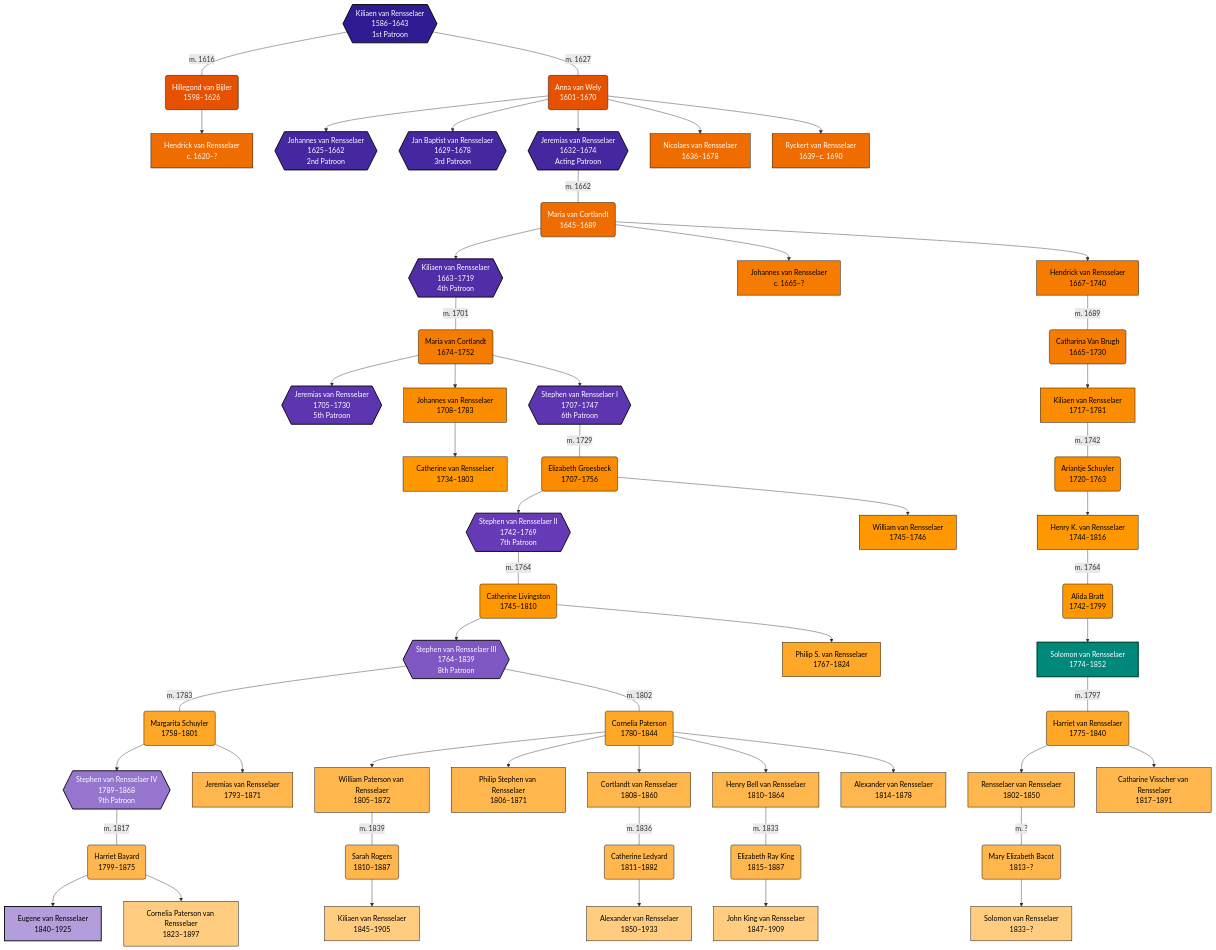
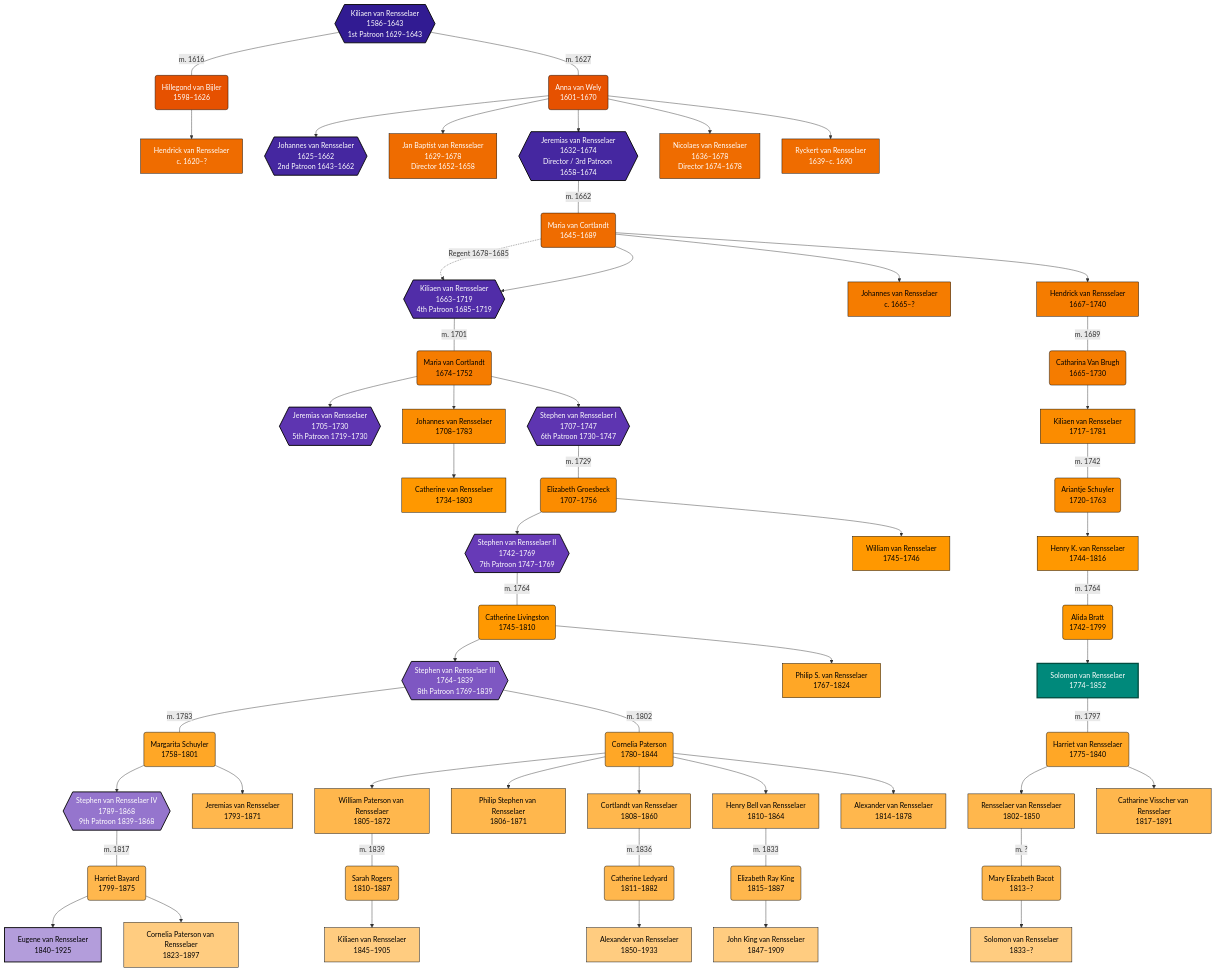
The diagram in source/07_fabula/01_magnum-opus/appendices/000.rst (chinchalinchin/elara), drawn with Mermaid before and after one commit. The commit also changed other lines of this file, not shown here.

Commit message:
update family tree

```diff
--- a/source/07_fabula/01_magnum-opus/appendices/000.rst
+++ b/source/07_fabula/01_magnum-opus/appendices/000.rst
@@ -52,7 +52,6 @@
     %% =========================================
     
     %% Primary Gradient (Deep Purple): Patroon Lineage
-    %% Gen 1 (Darkest) -> Gen 8 (Lightest)
     classDef main1 fill:#311B92,stroke:#000,stroke-width:2px,color:#fff
     classDef main2 fill:#4527A0,stroke:#000,stroke-width:2px,color:#fff
     classDef main3 fill:#512DA8,stroke:#000,stroke-width:2px,color:#fff
@@ -63,7 +62,6 @@
     classDef main8 fill:#B39DDB,stroke:#000,stroke-width:2px,color:#000
 
     %% Secondary Gradient (Amber): Siblings, Wives, Younger Branches
-    %% Gen 1 (Darkest) -> Gen 8 (Lightest)
     classDef sec1 fill:#E65100,stroke:#000,stroke-width:1px,color:#fff
     classDef sec2 fill:#EF6C00,stroke:#000,stroke-width:1px,color:#fff
     classDef sec3 fill:#F57C00,stroke:#000,stroke-width:1px,color:#000
@@ -79,7 +77,7 @@
     %% =========================================
     %% GENERATION 1 (1580s - 1640s)
     %% =========================================
-    K1{{Kiliaen van Rensselaer<br>1586–1643<br>1st Patroon}}:::main1
+    K1{{Kiliaen van Rensselaer<br>1586–1643<br>1st Patroon 1629–1643}}:::main1
     W1_1(Hillegond van Bijler<br>1598–1626):::sec1
     W1_2(Anna van Wely<br>1601–1670):::sec1
 
@@ -88,10 +86,10 @@
 
     %% Children
     W1_1 --> S1_1[Hendrick van Rensselaer<br>c. 1620–?]:::sec2
-    W1_2 --> S1_2{{Johannes van Rensselaer<br>1625–1662<br>2nd Patroon}}:::main2
-    W1_2 --> S1_3{{Jan Baptist van Rensselaer<br>1629–1678<br>3rd Patroon}}:::main2
-    W1_2 --> S1_4{{Jeremias van Rensselaer<br>1632–1674<br>Acting Patroon}}:::main2
-    W1_2 --> S1_5[Nicolaes van Rensselaer<br>1636–1678]:::sec2
+    W1_2 --> S1_2{{Johannes van Rensselaer<br>1625–1662<br>2nd Patroon 1643–1662}}:::main2
+    W1_2 --> S1_3[Jan Baptist van Rensselaer<br>1629–1678<br>Director 1652–1658]:::sec2
+    W1_2 --> S1_4{{Jeremias van Rensselaer<br>1632–1674<br>Director / 3rd Patroon 1658–1674}}:::main2
+    W1_2 --> S1_5[Nicolaes van Rensselaer<br>1636–1678<br>Director 1674–1678]:::sec2
     W1_2 --> S1_6[Ryckert van Rensselaer<br>1639–c. 1690]:::sec2
 
     %% =========================================
@@ -102,7 +100,10 @@
     W2_1(Maria van Cortlandt<br>1645–1689):::sec2
     S1_4 ---|m. 1662| W2_1
     
-    W2_1 --> S2_1{{Kiliaen van Rensselaer<br>1663–1719<br>4th Patroon}}:::main3
+    %% Note on the Gap
+    W2_1 -.->|Regent 1678–1685| S2_1
+
+    W2_1 --> S2_1{{Kiliaen van Rensselaer<br>1663–1719<br>4th Patroon 1685–1719}}:::main3
     W2_1 --> S2_2[Johannes van Rensselaer<br>c. 1665–?]:::sec3
     W2_1 --> S2_3[Hendrick van Rensselaer<br>1667–1740]:::sec3
 
@@ -114,8 +115,8 @@
     W3_1(Maria van Cortlandt<br>1674–1752):::sec3
     S2_1 ---|m. 1701| W3_1
     
-    W3_1 --> S3_1{{Jeremias van Rensselaer<br>1705–1730<br>5th Patroon}}:::main4
-    W3_1 --> S3_2{{Stephen van Rensselaer I<br>1707–1747<br>6th Patroon}}:::main4
+    W3_1 --> S3_1{{Jeremias van Rensselaer<br>1705–1730<br>5th Patroon 1719–1730}}:::main4
+    W3_1 --> S3_2{{Stephen van Rensselaer I<br>1707–1747<br>6th Patroon 1730–1747}}:::main4
     W3_1 --> S3_3[Johannes van Rensselaer<br>1708–1783]:::sec4
 
     %% Extension of Johannes (S3_3)
@@ -134,7 +135,7 @@
     W4_1(Elizabeth Groesbeck<br>1707–1756):::sec4
     S3_2 ---|m. 1729| W4_1
 
-    W4_1 --> S4_1{{Stephen van Rensselaer II<br>1742–1769<br>7th Patroon}}:::main5
+    W4_1 --> S4_1{{Stephen van Rensselaer II<br>1742–1769<br>7th Patroon 1747–1769}}:::main5
     W4_1 --> S4_2[William van Rensselaer<br>1745–1746]:::sec5
 
     %% -- Younger Branch --
@@ -150,7 +151,7 @@
     W5_1(Catherine Livingston<br>1745–1810):::sec5
     S4_1 ---|m. 1764| W5_1
 
-    W5_1 --> S5_1{{Stephen van Rensselaer III<br>1764–1839<br>8th Patroon}}:::main6
+    W5_1 --> S5_1{{Stephen van Rensselaer III<br>1764–1839<br>8th Patroon 1769–1839}}:::main6
     W5_1 --> S5_2[Philip S. van Rensselaer<br>1767–1824]:::sec6
 
     %% -- Younger Branch --
@@ -166,7 +167,7 @@
     W6_1(Margarita Schuyler<br>1758–1801):::sec6
     S5_1 ---|m. 1783| W6_1
     
-    W6_1 --> S6_1{{Stephen van Rensselaer IV<br>1789–1868<br>9th Patroon}}:::main7
+    W6_1 --> S6_1{{Stephen van Rensselaer IV<br>1789–1868<br>9th Patroon 1839–1868}}:::main7
     W6_1 --> S6_1B[Jeremias van Rensselaer<br>1793–1871]:::sec7
 
     %% -- Stephen III Wife 2: Cornelia Paterson --
```
